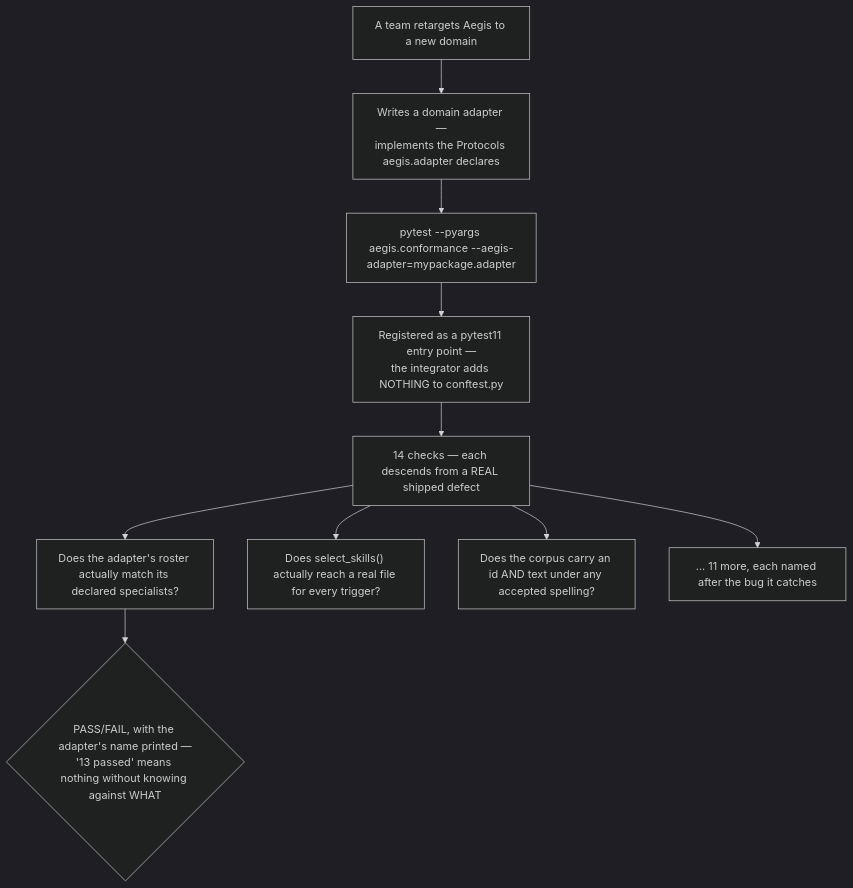
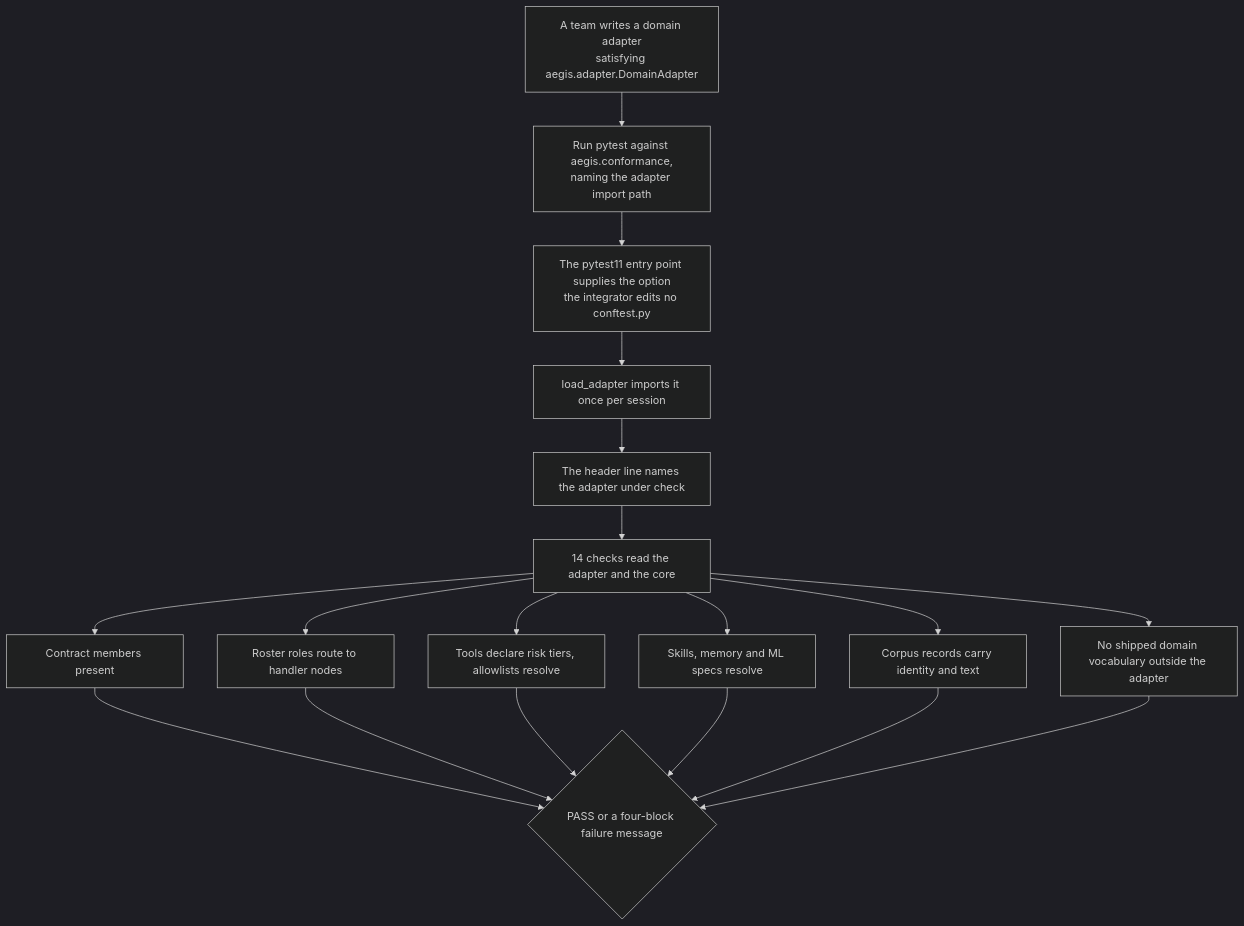
The diagram in docs/teaching/conformance.md (yrevash/aegis), drawn with Mermaid (dark theme) before and after one commit. The commit also changed other lines of this file and 29 other files, not shown here.

````diff
--- a/docs/teaching/conformance.md
+++ b/docs/teaching/conformance.md
@@ -26,12 +24,20 @@
 ```mermaid
 flowchart TD
-    A[A team retargets Aegis to a new domain] --> B["Writes a domain adapter —<br/>implements the Protocols aegis.adapter declares"]
-    B --> C["pytest --pyargs aegis.conformance --aegis-adapter=mypackage.adapter"]
-    C --> D["Registered as a pytest11 entry point —<br/>the integrator adds NOTHING to conftest.py"]
-    D --> E["14 checks — each descends from a REAL shipped defect"]
-    E --> F1["Does the adapter's roster actually match its declared specialists?"]
-    E --> F2["Does select_skills() actually reach a real file for every trigger?"]
-    E --> F3["Does the corpus carry an id AND text under any accepted spelling?"]
-    E --> Fn["... 11 more, each named after the bug it catches"]
-    F1 --> G{"PASS/FAIL, with the adapter's name printed —<br/>'13 passed' means nothing without knowing against WHAT"}
+    A["A team writes a domain adapter<br/>satisfying aegis.adapter.DomainAdapter"] --> B["Run pytest against aegis.conformance,<br/>naming the adapter import path"]
+    B --> C["The pytest11 entry point supplies the option<br/>the integrator edits no conftest.py"]
+    C --> D["load_adapter imports it once per session"]
+    D --> E["The header line names the adapter under check"]
+    E --> F["14 checks read the adapter and the core"]
+    F --> G1["Contract members present"]
+    F --> G2["Roster roles route to handler nodes"]
+    F --> G3["Tools declare risk tiers, allowlists resolve"]
+    F --> G4["Skills, memory and ML specs resolve"]
+    F --> G5["Corpus records carry identity and text"]
+    F --> G6["No shipped domain vocabulary outside the adapter"]
+    G1 --> H{"PASS or a four-block failure message"}
+    G2 --> H
+    G3 --> H
+    G4 --> H
+    G5 --> H
+    G6 --> H
 ```
````
